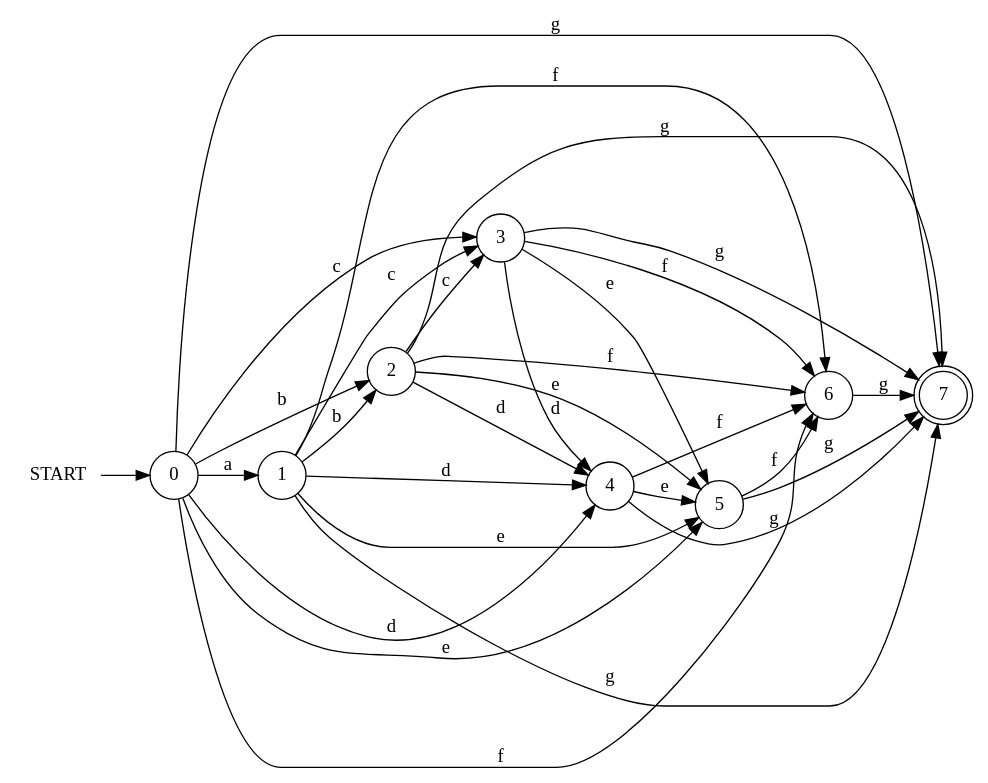
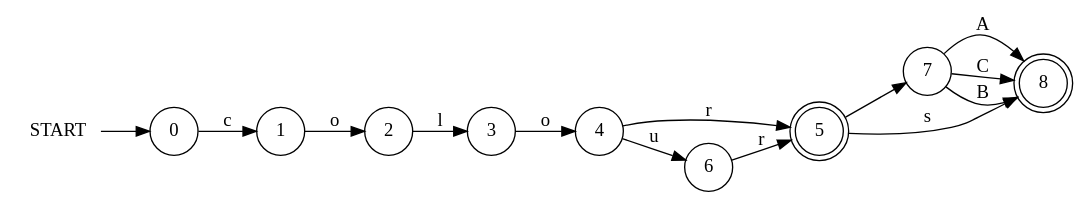
Before and after one commit to Double-oxygeN/RegExp2DFA: the diagram in examples/question.dot, drawn with Graphviz. The commit also changed 12 other files, not shown here.

```diff
--- a/examples/question.dot
+++ b/examples/question.dot
@@ -1,41 +1,28 @@
 digraph {
   graph [rankdir=LR];
+
   START [shape=plaintext];
+
   START -> q_0;
   q_0 [shape=circle, label="0"];
   q_1 [shape=circle, label="1"];
   q_2 [shape=circle, label="2"];
   q_3 [shape=circle, label="3"];
   q_4 [shape=circle, label="4"];
-  q_5 [shape=circle, label="5"];
+  q_5 [shape=doublecircle, label="5"];
   q_6 [shape=circle, label="6"];
-  q_7 [shape=doublecircle, label="7"];
-  q_0 -> q_1 [label="a"];
-  q_3 -> q_5 [label="e"];
-  q_0 -> q_4 [label="d"];
-  q_1 -> q_2 [label="b"];
-  q_1 -> q_3 [label="c"];
-  q_2 -> q_3 [label="c"];
-  q_0 -> q_7 [label="g"];
-  q_4 -> q_7 [label="g"];
-  q_2 -> q_6 [label="f"];
-  q_5 -> q_7 [label="g"];
-  q_0 -> q_5 [label="e"];
-  q_5 -> q_6 [label="f"];
-  q_0 -> q_3 [label="c"];
-  q_2 -> q_4 [label="d"];
-  q_0 -> q_2 [label="b"];
-  q_3 -> q_7 [label="g"];
-  q_4 -> q_6 [label="f"];
-  q_3 -> q_6 [label="f"];
-  q_4 -> q_5 [label="e"];
-  q_1 -> q_4 [label="d"];
-  q_3 -> q_4 [label="d"];
-  q_1 -> q_7 [label="g"];
-  q_2 -> q_7 [label="g"];
-  q_0 -> q_6 [label="f"];
-  q_1 -> q_5 [label="e"];
-  q_6 -> q_7 [label="g"];
-  q_1 -> q_6 [label="f"];
-  q_2 -> q_5 [label="e"];
+  q_7 [shape=circle, label="7"];
+  q_8 [shape=doublecircle, label="8"];
+  q_6 -> q_5 [label="r"];
+  q_7 -> q_8 [label="A"];
+  q_7 -> q_8 [label="C"];
+  q_4 -> q_5 [label="r"];
+  q_2 -> q_3 [label="l"];
+  q_5 -> q_7 [label=" "];
+  q_1 -> q_2 [label="o"];
+  q_5 -> q_8 [label="s"];
+  q_7 -> q_8 [label="B"];
+  q_0 -> q_1 [label="c"];
+  q_3 -> q_4 [label="o"];
+  q_4 -> q_6 [label="u"];
 }
```
